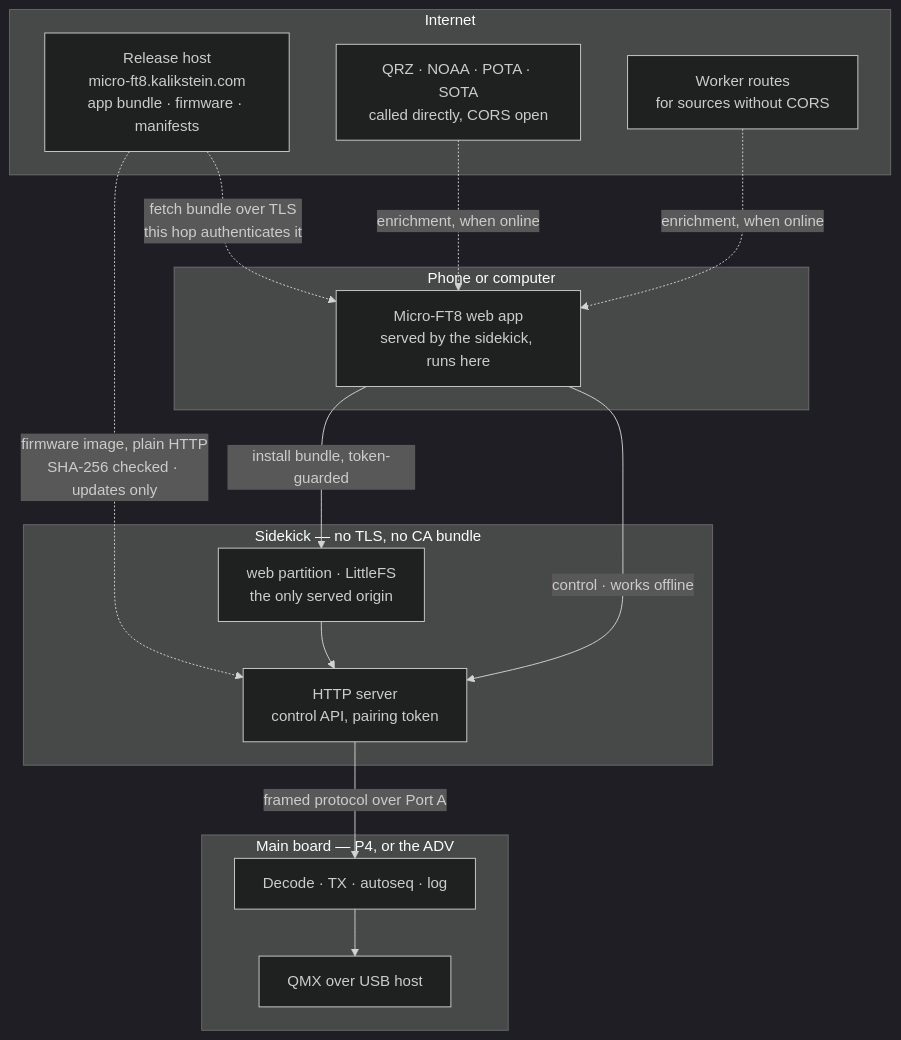
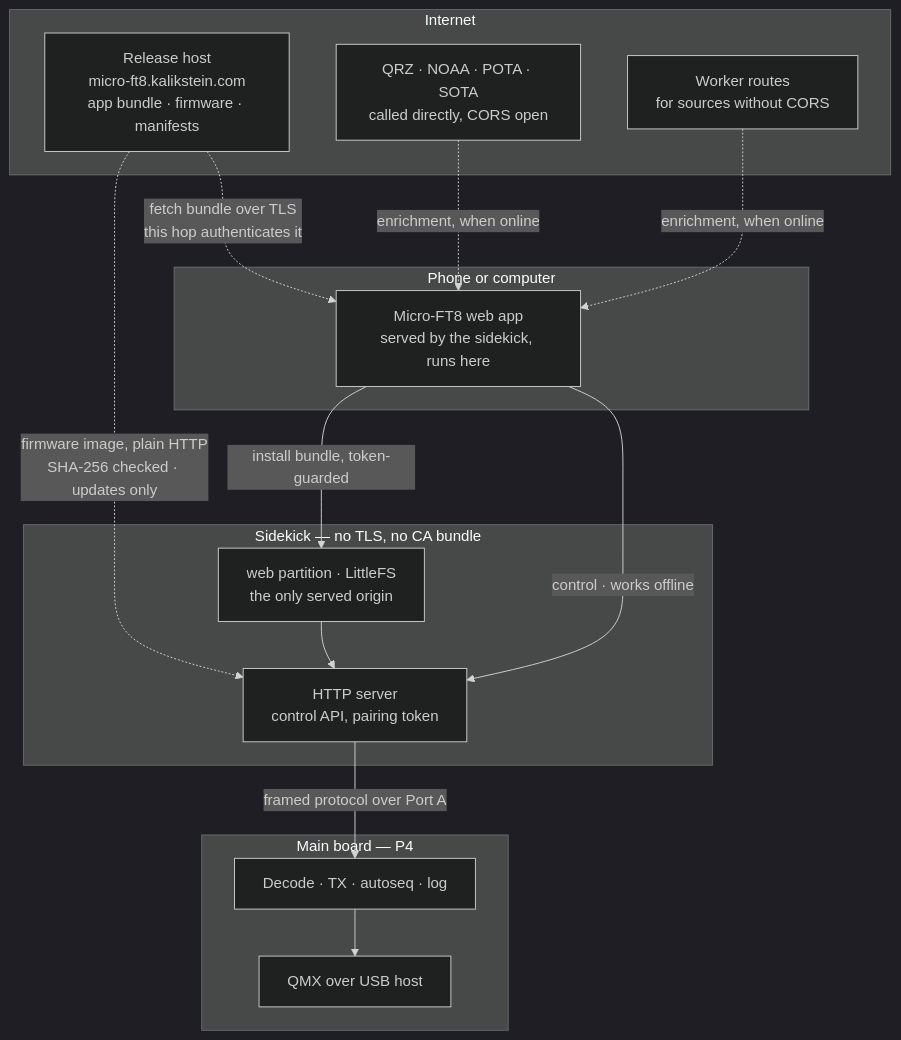
The diagram in docs/architecture/system.md (kb2slo/micro-ft8), drawn with Mermaid (dark theme) before and after one commit. The commit also changed other lines of this file and 23 other files, not shown here.

````diff
--- a/docs/architecture/system.md
+++ b/docs/architecture/system.md
@@ -21,28 +21,28 @@
 ```mermaid
 flowchart TB
     subgraph net["Internet"]
         host["Release host<br/>micro-ft8.kalikstein.com<br/>app bundle · firmware · manifests"]
         third["QRZ · NOAA · POTA · SOTA<br/>called directly, CORS open"]
         worker["Worker routes<br/>for sources without CORS"]
     end
     subgraph phone["Phone or computer"]
         app["Micro-FT8 web app<br/>served by the sidekick, runs here"]
     end
     subgraph sk["Sidekick — no TLS, no CA bundle"]
         http["HTTP server<br/>control API, pairing token"]
         web["web partition · LittleFS<br/>the only served origin"]
     end
-    subgraph main["Main board — P4, or the ADV"]
+    subgraph main["Main board — P4"]
         radio["Decode · TX · autoseq · log"]
         qmx["QMX over USB host"]
     end
     host -. "fetch bundle over TLS<br/>this hop authenticates it" .-> app
     third -. "enrichment, when online" .-> app
     worker -. "enrichment, when online" .-> app
     app -- "control · works offline" --> http
     app -- "install bundle, token-guarded" --> web
     host -. "firmware image, plain HTTP<br/>SHA-256 checked · updates only" .-> http
     web --> http
     http -- "framed protocol over Port A" --> radio
     radio --> qmx
 ```
````
